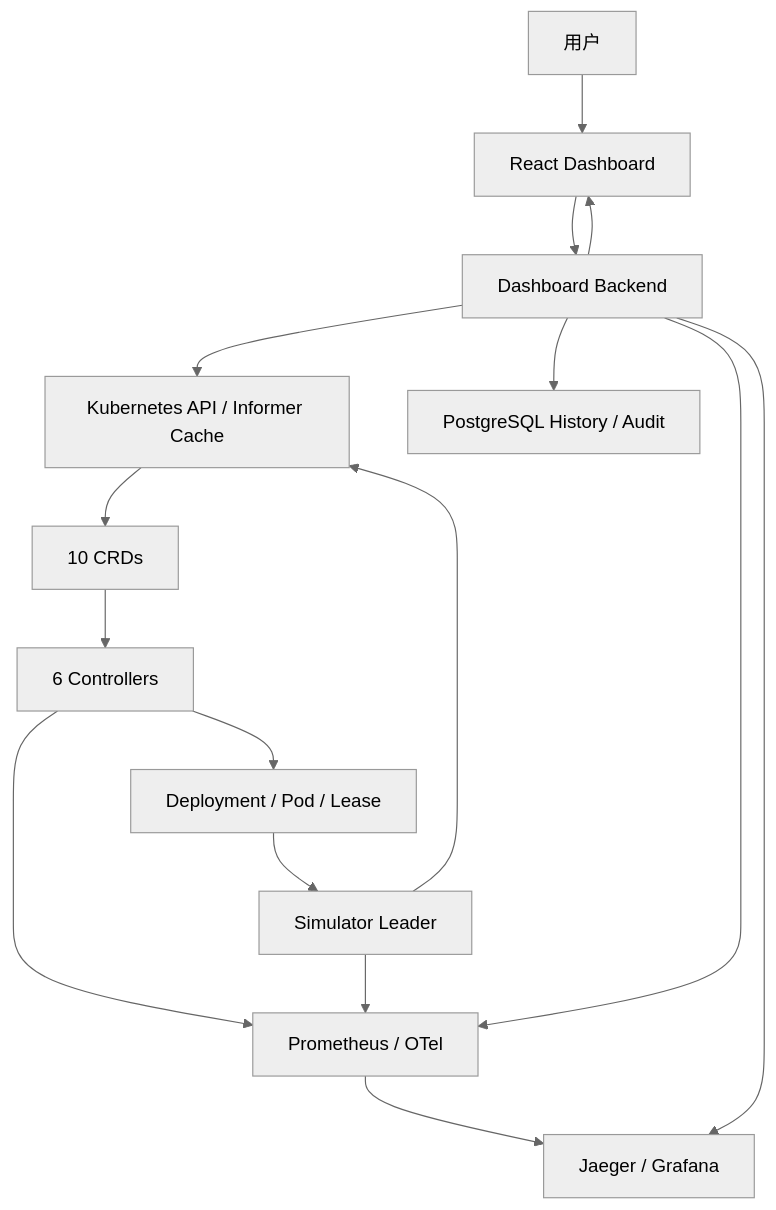
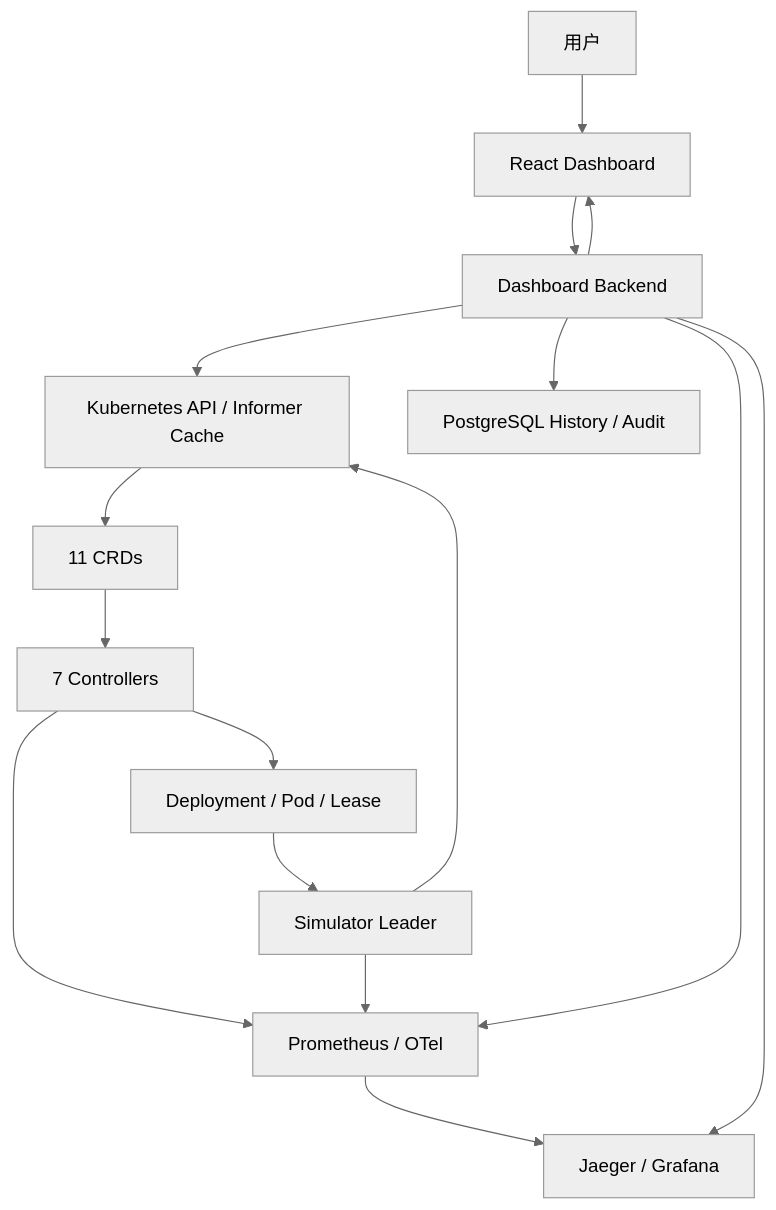
One commit to 3900563672/hello-k8s-ai changed the first of 9 diagrams in docs/whitepaper/COMPLETE_OVERVIEW.md. Above: the diagram before and after it, drawn with Mermaid (neutral theme). The commit also changed other lines of this file and 86 other files, not shown here.

````diff
--- a/docs/whitepaper/COMPLETE_OVERVIEW.md
+++ b/docs/whitepaper/COMPLETE_OVERVIEW.md
@@ -56,18 +56,18 @@
 ```mermaid
 flowchart TB
   U["用户"] --> F["React Dashboard"]
   F --> B["Dashboard Backend"]
   B --> K["Kubernetes API / Informer Cache"]
   B --> D["PostgreSQL History / Audit"]
-  K --> R["10 CRDs"]
-  R --> C["6 Controllers"]
+  K --> R["11 CRDs"]
+  R --> C["7 Controllers"]
   C --> W["Deployment / Pod / Lease"]
   W --> S["Simulator Leader"]
   S --> K
   C --> P["Prometheus / OTel"]
   S --> P
   P --> J["Jaeger / Grafana"]
   B --> P
   B --> J
   B --> F
 ```
````
